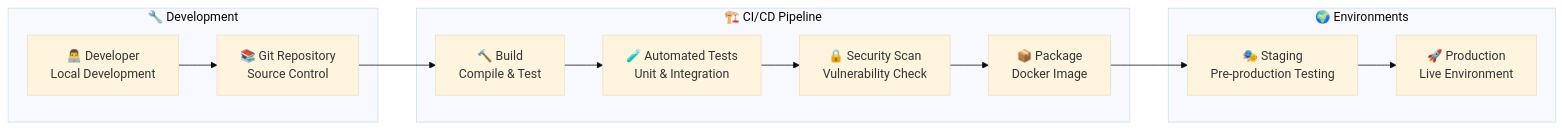
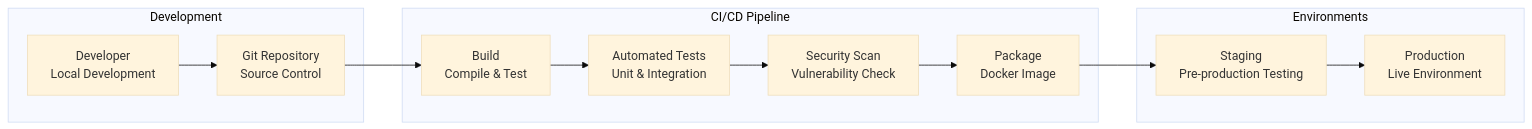
Before and after one commit to sandeepkumar0801/ToursAndActivities: the tenth of 11 diagrams in README.md, drawn with Mermaid (base theme). The commit also changed other lines of this file, not shown here.

````diff
--- a/README.md
+++ b/README.md
@@ -961,27 +961,27 @@
 ```mermaid
 graph LR
-    subgraph "🔧 Development"
-        DEV[👨‍💻 Developer<br/>Local Development]
-        GIT[📚 Git Repository<br/>Source Control]
+    subgraph "Development"
+        DEV[Developer<br/>Local Development]
+        GIT[Git Repository<br/>Source Control]
     end
 
-    subgraph "🏗️ CI/CD Pipeline"
-        BUILD[🔨 Build<br/>Compile & Test]
-        TEST[🧪 Automated Tests<br/>Unit & Integration]
-        SECURITY[🔒 Security Scan<br/>Vulnerability Check]
-        PACKAGE[📦 Package<br/>Docker Image]
+    subgraph "CI/CD Pipeline"
+        BUILD[Build<br/>Compile & Test]
+        TEST[Automated Tests<br/>Unit & Integration]
+        SECURITY[Security Scan<br/>Vulnerability Check]
+        PACKAGE[Package<br/>Docker Image]
     end
 
-    subgraph "🌍 Environments"
-        STAGING[🎭 Staging<br/>Pre-production Testing]
-        PROD[🚀 Production<br/>Live Environment]
+    subgraph "Environments"
+        STAGING[Staging<br/>Pre-production Testing]
+        PROD[Production<br/>Live Environment]
     end
 
     DEV --> GIT
     GIT --> BUILD
     BUILD --> TEST
     TEST --> SECURITY
     SECURITY --> PACKAGE
     PACKAGE --> STAGING
     STAGING --> PROD
 ```
````
